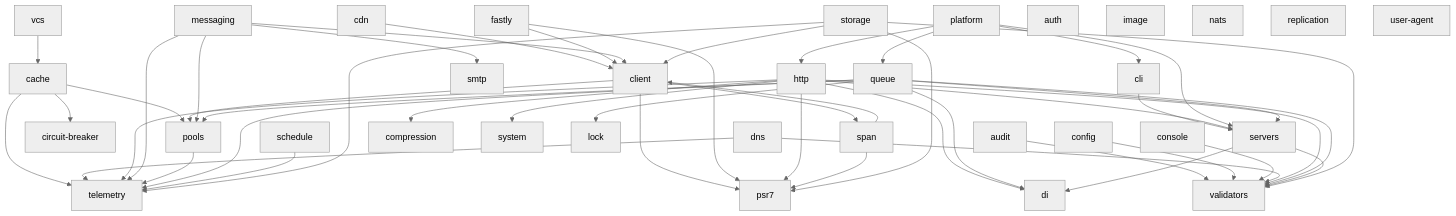
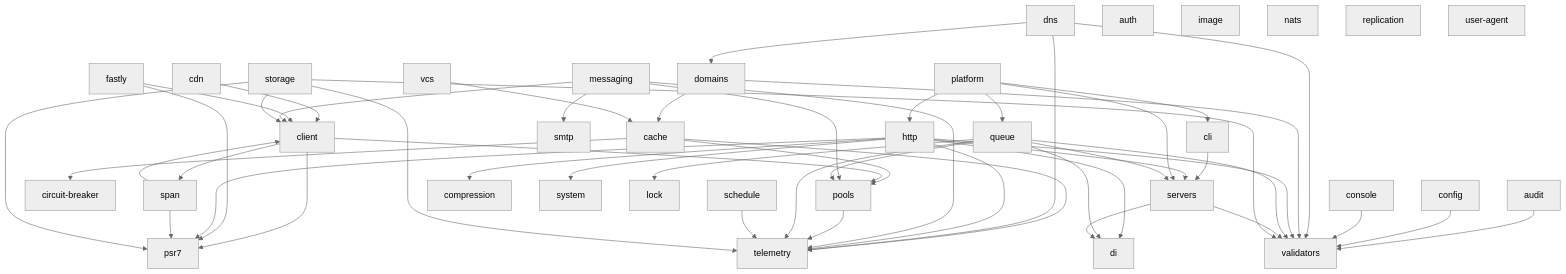
Before and after one commit to utopia-php/monorepo: the diagram in README.md, drawn with Mermaid (neutral theme). The commit also changed 53 other files, not shown here.

````diff
--- a/README.md
+++ b/README.md
@@ -48,55 +48,58 @@
 ```mermaid
 graph TD
     audit --> validators
     cache --> circuit-breaker
     cache --> pools
     cache --> telemetry
     cdn --> client
     cli --> servers
     client --> pools
     client --> psr7
     client --> span
     config --> validators
     console --> validators
     dns --> telemetry
     dns --> validators
+    dns --> domains
+    domains --> validators
+    domains --> cache
     fastly --> client
     fastly --> psr7
     http --> di
     http --> servers
     http --> compression
     http --> psr7
     http --> telemetry
     http --> validators
     http --> system
     messaging --> client
     messaging --> pools
     messaging --> smtp
     messaging --> telemetry
     platform --> cli
     platform --> http
     platform --> queue
     platform --> servers
     pools --> telemetry
     queue --> di
     queue --> lock
     queue --> servers
     queue --> pools
     queue --> telemetry
     queue --> validators
     schedule --> telemetry
     servers --> di
     servers --> validators
     span --> client
     span --> psr7
     storage --> telemetry
     storage --> validators
     storage --> client
     storage --> psr7
     vcs --> cache
     auth
     image
     nats
     replication
     user-agent
 ```
````
